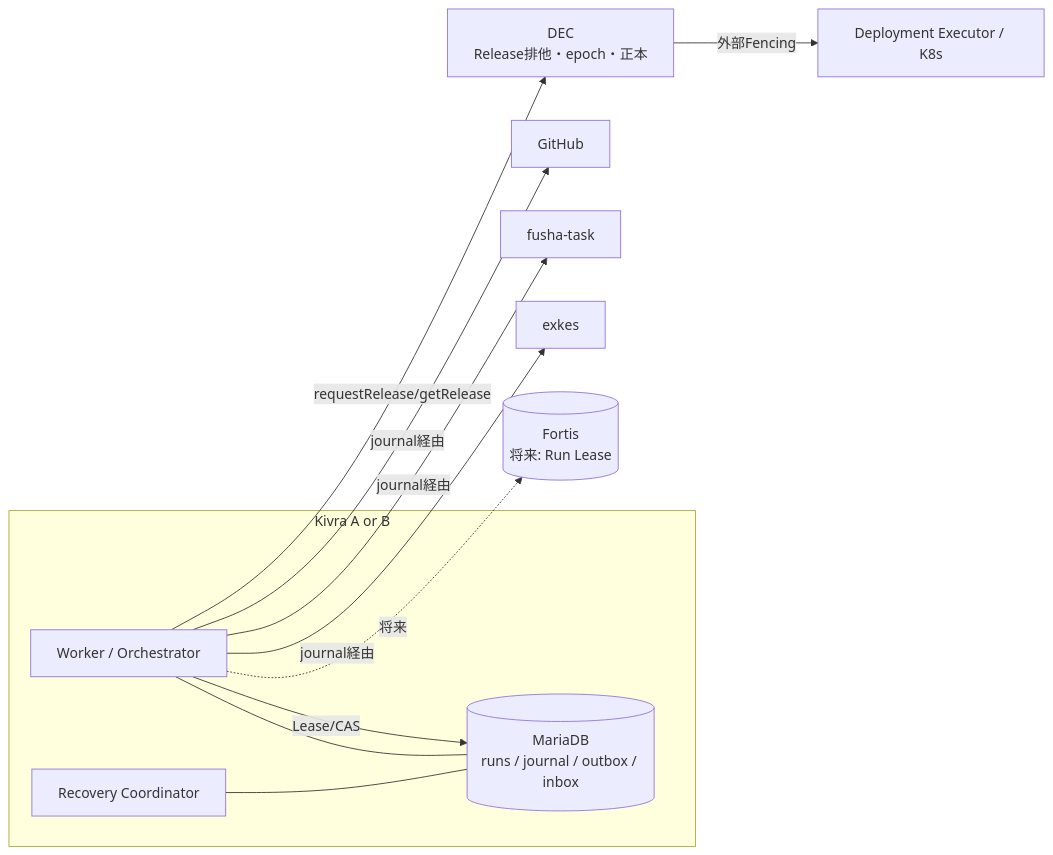
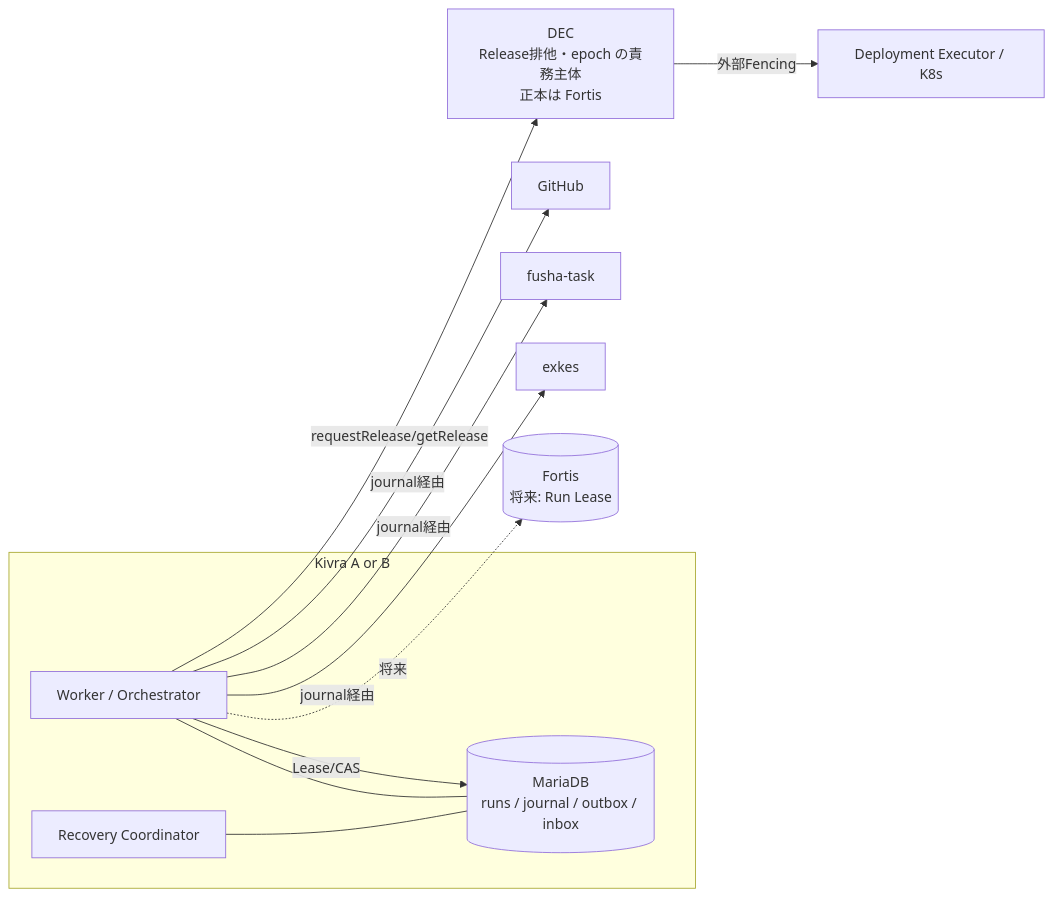
The first of 4 diagrams in docs/design/11-execution-recovery-consistency.md (kigawa-net/kivra), drawn with Mermaid before and after one commit. The commit also changed other lines of this file, not shown here.

Commit message:
Align Release source of truth, Run Lease MVP, and DEC no-local-DB with #8/#12

````diff
--- a/docs/design/11-execution-recovery-consistency.md
+++ b/docs/design/11-execution-recovery-consistency.md
@@ -42,22 +42,22 @@
 ```mermaid
 flowchart LR
   subgraph Kivra[Kivra A or B]
     W[Worker / Orchestrator]
     RC[Recovery Coordinator]
     DB[(MariaDB<br/>runs / journal / outbox / inbox)]
     W --- DB
     RC --- DB
   end
   F[(Fortis<br/>将来: Run Lease)]
   X[exkes]
   T[fusha-task]
   G[GitHub]
-  D[DEC<br/>Release排他・epoch・正本]
+  D[DEC<br/>Release排他・epoch の責務主体<br/>正本は Fortis]
   W -- Lease/CAS --> DB
   W -. 将来 .-> F
   W -- journal経由 --> X
   W -- journal経由 --> T
   W -- journal経由 --> G
   W -- requestRelease/getRelease --> D
   D -- 外部Fencing --> K[Deployment Executor / K8s]
 ```
````
